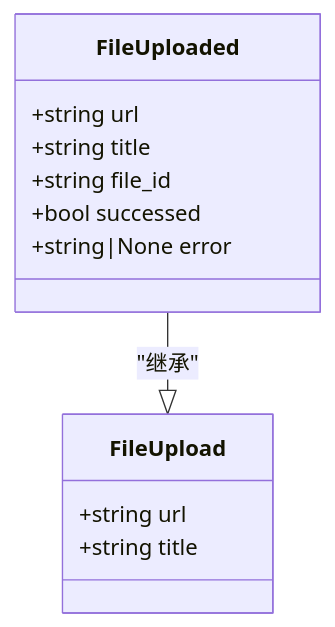
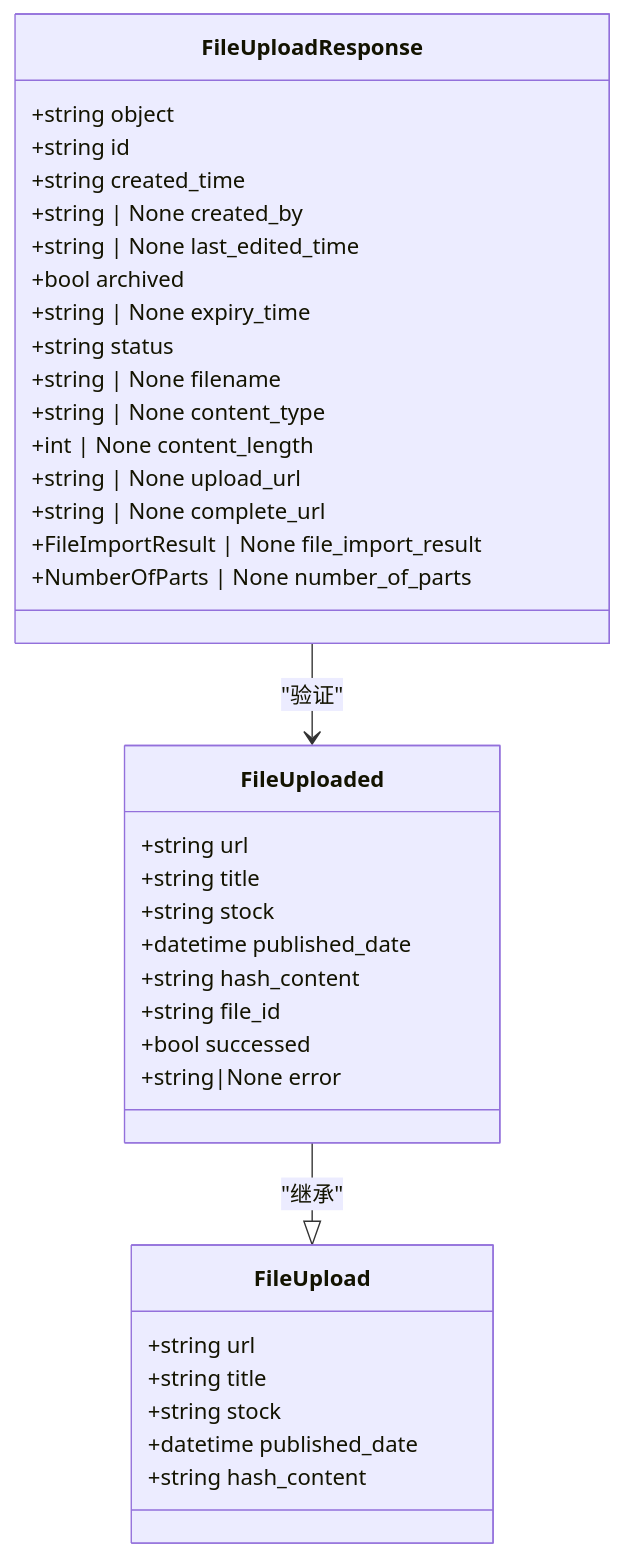
The fifth of 8 diagrams in .qoder/repowiki/zh/content/核心模块详解/数据模型定义/数据模型定义.md (iverwong/DataLife), drawn with Mermaid before and after one commit. The commit also changed other lines of this file and 6 other files, not shown here.

````diff
--- a/.qoder/repowiki/zh/content/核心模块详解/数据模型定义/数据模型定义.md
+++ b/.qoder/repowiki/zh/content/核心模块详解/数据模型定义/数据模型定义.md
@@ -250,15 +444,39 @@
 ```mermaid
 classDiagram
 class FileUpload {
 +string url
 +string title
++string stock
++datetime published_date
++string hash_content
 }
 class FileUploaded {
 +string url
 +string title
++string stock
++datetime published_date
++string hash_content
 +string file_id
 +bool successed
 +string|None error
 }
+class FileUploadResponse {
++string object
++string id
++string created_time
++string | None created_by
++string | None last_edited_time
++bool archived
++string | None expiry_time
++string status
++string | None filename
++string | None content_type
++int | None content_length
++string | None upload_url
++string | None complete_url
++FileImportResult | None file_import_result
++NumberOfParts | None number_of_parts
+}
 FileUploaded --|> FileUpload : "继承"
+FileUploadResponse --> FileUploaded : "验证"
 ```
````
